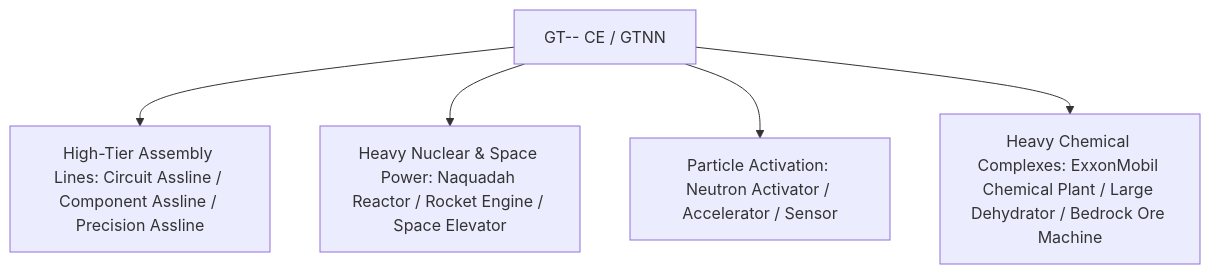
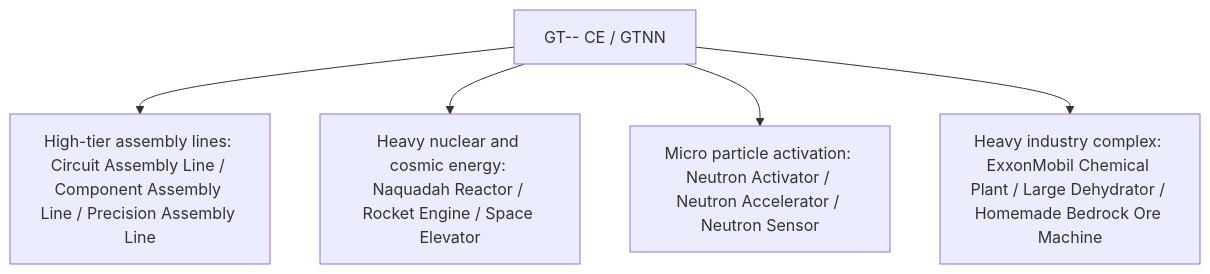
Before and after one commit to takanashisatou/GregtechEasy-Docs: the diagram in docs/en/gt-minus-minus/index.md, drawn with Mermaid. The commit also changed other lines of this file and 99 other files, not shown here.

````diff
--- a/docs/en/gt-minus-minus/index.md
+++ b/docs/en/gt-minus-minus/index.md
@@ -12,7 +12,7 @@
 ```mermaid
 graph TD
-    A[GT-- CE / GTNN] --> B[High-Tier Assembly Lines: Circuit Assline / Component Assline / Precision Assline]
-    A --> C[Heavy Nuclear & Space Power: Naquadah Reactor / Rocket Engine / Space Elevator]
-    A --> D[Particle Activation: Neutron Activator / Accelerator / Sensor]
-    A --> E[Heavy Chemical Complexes: ExxonMobil Chemical Plant / Large Dehydrator / Bedrock Ore Machine]
+    A[GT-- CE / GTNN] --> B[High-tier assembly lines: Circuit Assembly Line / Component Assembly Line / Precision Assembly Line]
+    A --> C[Heavy nuclear and cosmic energy: Naquadah Reactor / Rocket Engine / Space Elevator]
+    A --> D[Micro particle activation: Neutron Activator / Neutron Accelerator / Neutron Sensor]
+    A --> E[Heavy industry complex: ExxonMobil Chemical Plant / Large Dehydrator / Homemade Bedrock Ore Machine]
 ```
````
